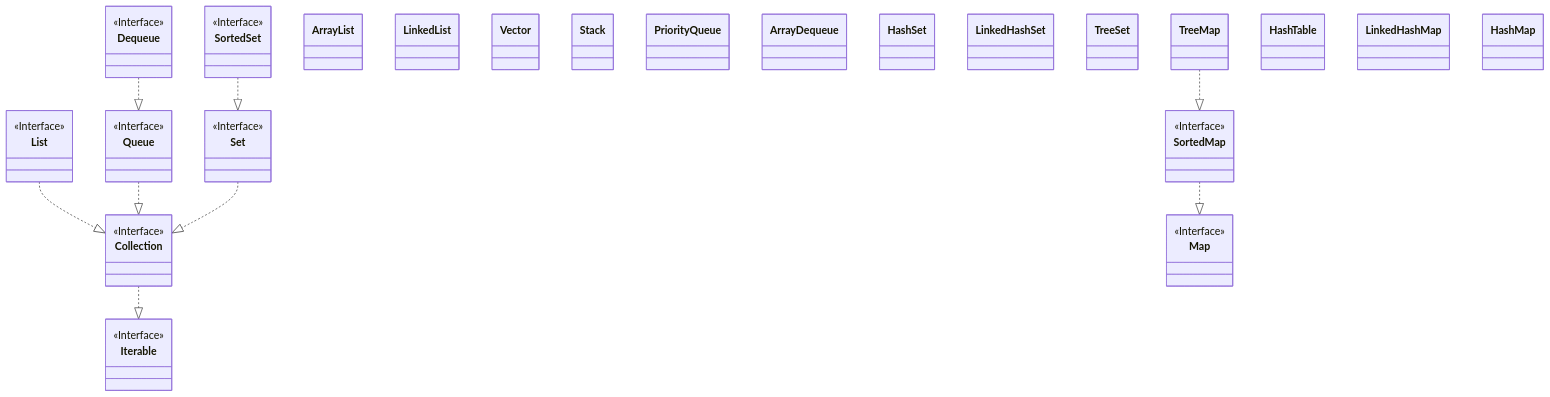
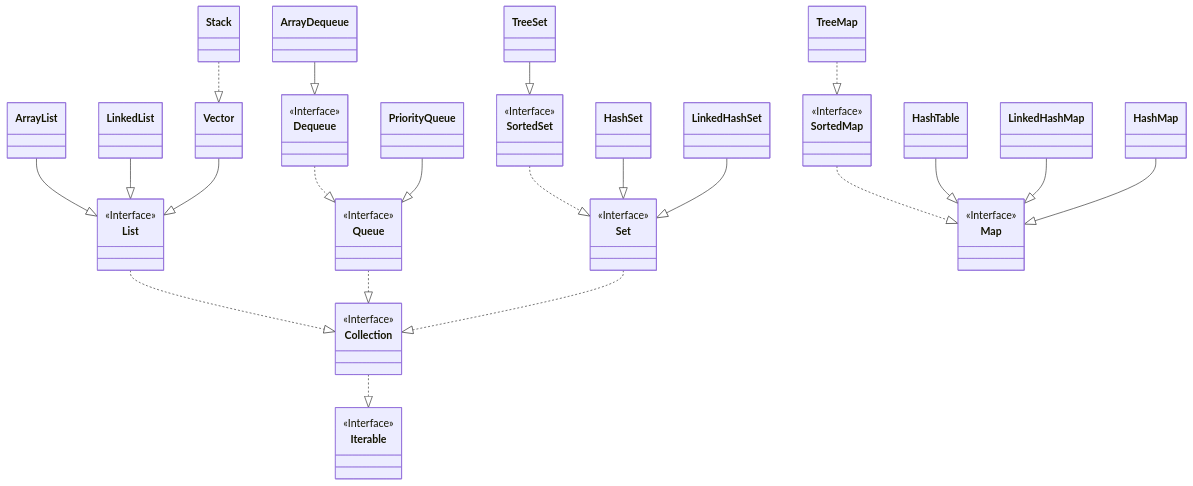
Before and after one commit to 2erick/Collection-Framework: the diagram in README.md, drawn with Mermaid.

Commit message:
finish mermaid

````diff
--- a/README.md
+++ b/README.md
@@ -70,5 +70,28 @@
 
 TreeMap ..|> SortedMap
 
+ArrayList --|> List
+
+LinkedList --|> List
+
+Vector --|> List
+
+Stack ..|> Vector
+
+PriorityQueue --|> Queue
+
+ArrayDequeue --|> Dequeue
+
+HashSet --|> Set
+
+LinkedHashSet --|> Set
+
+TreeSet --|> SortedSet
+
+HashTable --|> Map
+
+LinkedHashMap --|> Map
+
+HashMap --|> Map
 
 ```
````
